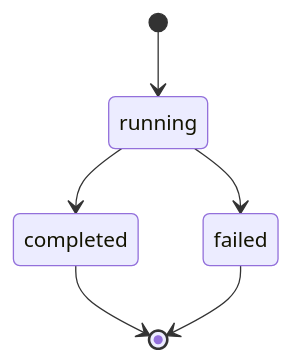
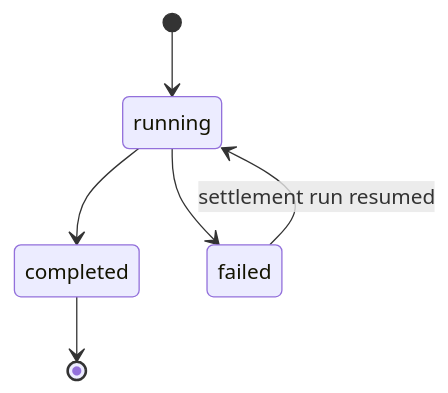
One commit to The-GenAI-Labs/motionile changed the ninth of 12 diagrams in docs/db/state-machines.md. Above: the diagram before and after it, drawn with Mermaid. The commit also changed other lines of this file and 59 other files, not shown here.

````diff
--- a/docs/db/state-machines.md
+++ b/docs/db/state-machines.md
@@ -188,8 +196,8 @@
 ```mermaid
 stateDiagram-v2
     [*] --> running
     running --> completed
     running --> failed
+    failed --> running: settlement run resumed
     completed --> [*]
-    failed --> [*]
 ```
````
